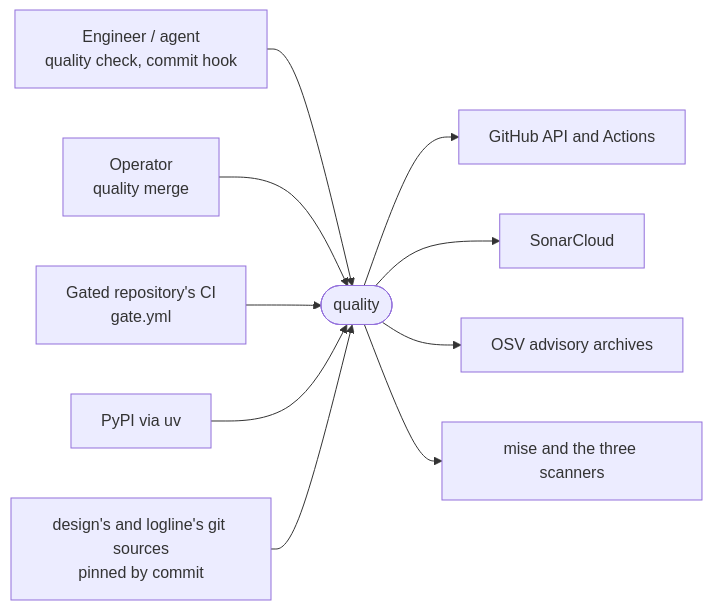
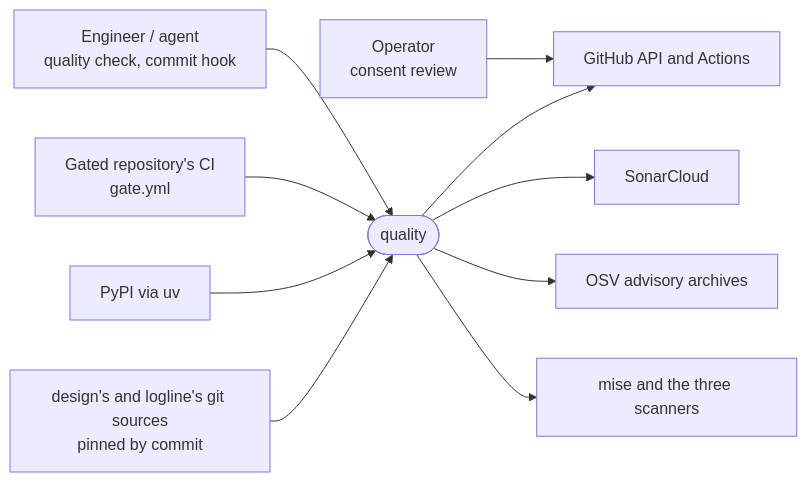
The first of 3 diagrams in docs/ARCHITECTURE.md (overnightworks/quality), drawn with Mermaid before and after one commit. The commit also changed other lines of this file and 48 other files, not shown here.

First line of the commit message:
The merge door merges on the operator's consent review; typed yes, terminal check and batch run go (#1087)

````diff
--- a/docs/ARCHITECTURE.md
+++ b/docs/ARCHITECTURE.md
@@ -16,22 +16,22 @@
 ```mermaid
 flowchart LR
     engineer["Engineer / agent<br/>quality check, commit hook"]
-    operator["Operator<br/>quality merge"]
+    operator["Operator<br/>consent review"]
     ci["Gated repository's CI<br/>gate.yml"]
     quality(["quality"])
     github["GitHub API and Actions"]
     sonarcloud["SonarCloud"]
     osv["OSV advisory archives"]
     mise["mise and the three scanners"]
     pypi["PyPI via uv"]
     design["design's and logline's git sources<br/>pinned by commit"]
     engineer --> quality
-    operator --> quality
+    operator --> github
     ci --> quality
     quality --> github
     quality --> sonarcloud
     quality --> osv
     quality --> mise
     pypi --> quality
     design --> quality
 ```
````
